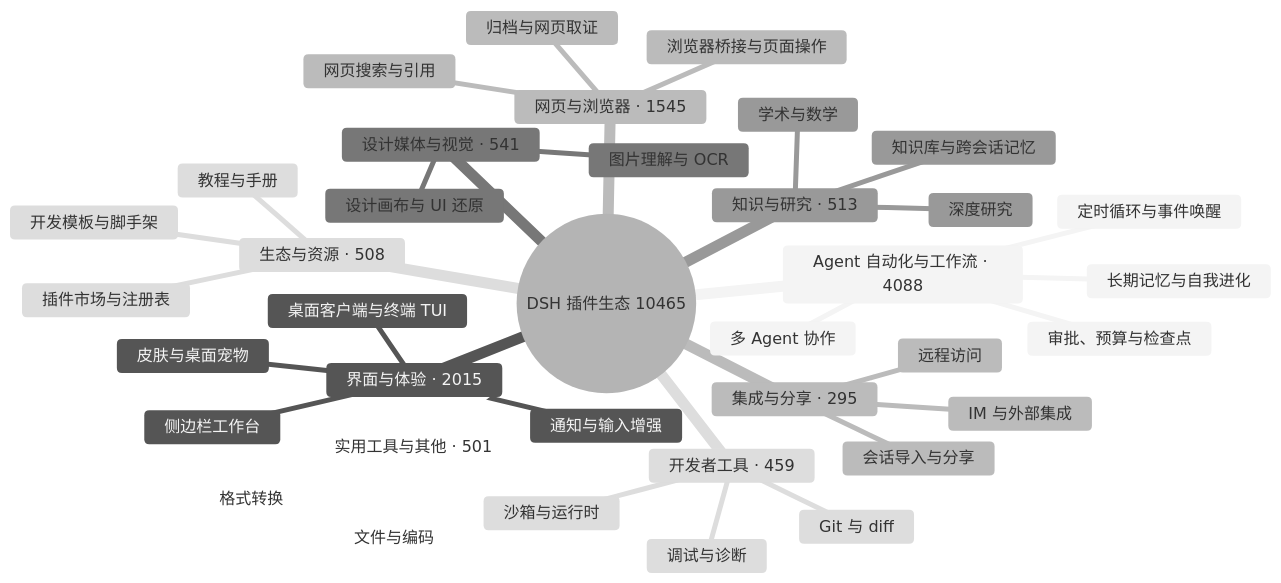
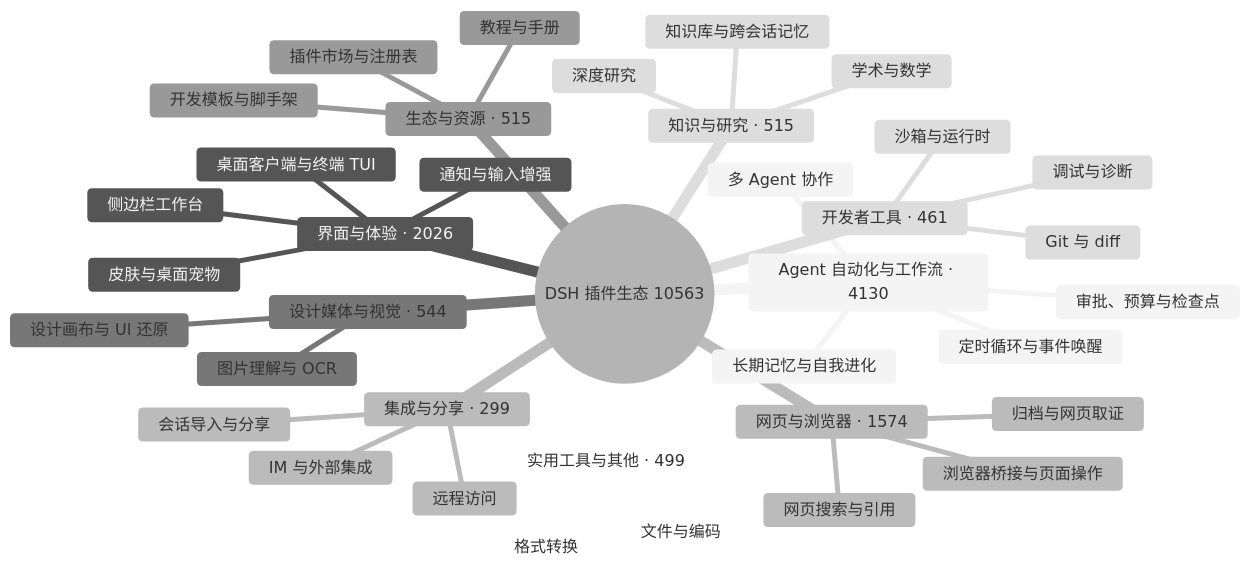
The diagram in README.md (bruc3van/awesome-dsh-plugin), drawn with Mermaid (neutral theme) before and after one commit. The commit also changed other lines of this file and 18 other files, not shown here.

````diff
--- a/README.md
+++ b/README.md
@@ -33,40 +33,40 @@
 ```mermaid
 mindmap
-  root((DSH 插件生态 10465))
-    Agent 自动化与工作流 · 4088
+  root((DSH 插件生态 10563))
+    Agent 自动化与工作流 · 4130
       定时循环与事件唤醒
       多 Agent 协作
       长期记忆与自我进化
       审批、预算与检查点
-    界面与体验 · 2015
+    界面与体验 · 2026
       桌面客户端与终端 TUI
       侧边栏工作台
       皮肤与桌面宠物
       通知与输入增强
-    网页与浏览器 · 1545
+    网页与浏览器 · 1574
       浏览器桥接与页面操作
       网页搜索与引用
       归档与网页取证
-    设计媒体与视觉 · 541
+    设计媒体与视觉 · 544
       图片理解与 OCR
       设计画布与 UI 还原
-    知识与研究 · 513
+    生态与资源 · 515
+      插件市场与注册表
+      开发模板与脚手架
+      教程与手册
+    知识与研究 · 515
       知识库与跨会话记忆
       深度研究
       学术与数学
-    生态与资源 · 508
-      插件市场与注册表
-      开发模板与脚手架
-      教程与手册
-    实用工具与其他 · 501
+    实用工具与其他 · 499
       文件与编码
       格式转换
-    开发者工具 · 459
+    开发者工具 · 461
       Git 与 diff
       沙箱与运行时
       调试与诊断
-    集成与分享 · 295
+    集成与分享 · 299
       会话导入与分享
       远程访问
       IM 与外部集成
 ```
````
